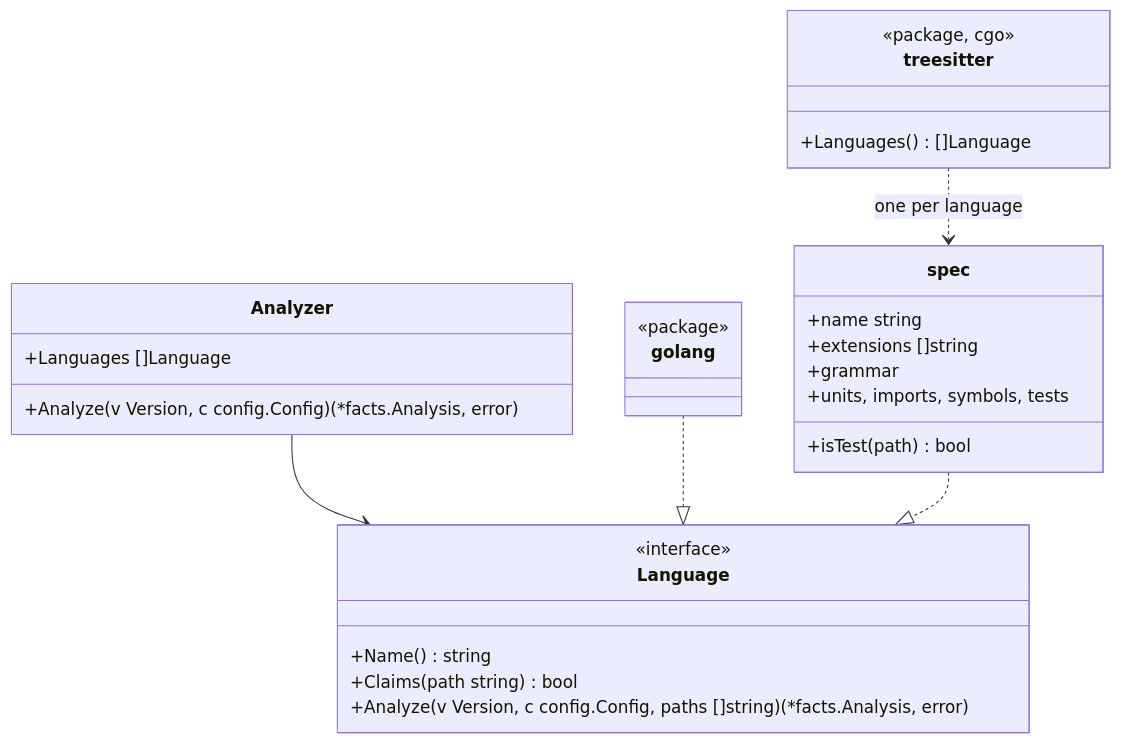
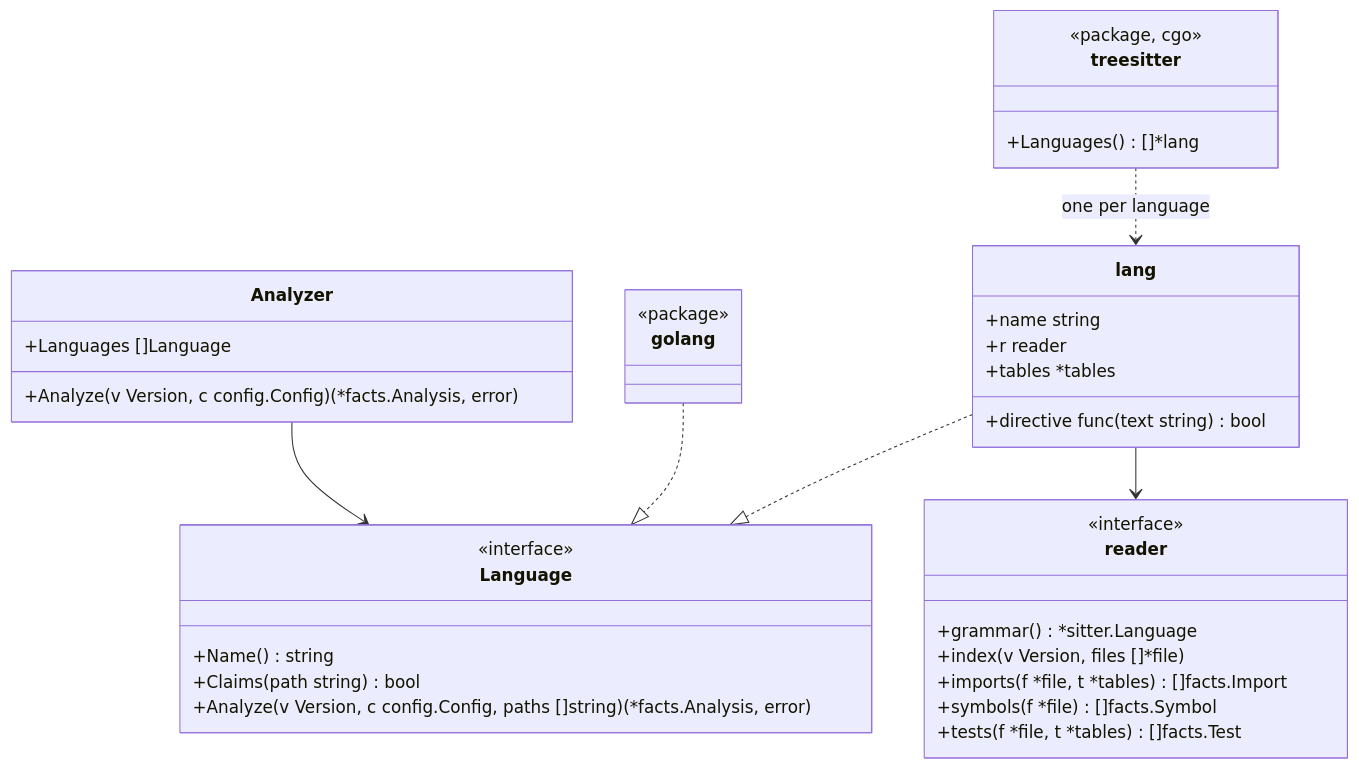
One commit to rerorets/hadome changed the diagram in docs/design/adapters-treesitter.md. Above: the diagram before and after it, drawn with Mermaid. The commit also changed other lines of this file and 25 other files, not shown here.

````diff
--- a/docs/design/adapters-treesitter.md
+++ b/docs/design/adapters-treesitter.md
@@ -7,31 +7,39 @@
 ```mermaid
 classDiagram
   class Analyzer {
     +Languages []Language
     +Analyze(v Version, c config.Config) (*facts.Analysis, error)
   }
   class Language {
     <<interface>>
     +Name() string
     +Claims(path string) bool
     +Analyze(v Version, c config.Config, paths []string) (*facts.Analysis, error)
   }
   class golang {
     <<package>>
   }
   class treesitter {
     <<package, cgo>>
-    +Languages() []Language
+    +Languages() []*lang
   }
-  class spec {
+  class lang {
     +name string
-    +extensions []string
-    +grammar
-    +isTest(path) bool
-    +units, imports, symbols, tests
+    +r reader
+    +tables *tables
+    +directive func(text string) bool
+  }
+  class reader {
+    <<interface>>
+    +grammar() *sitter.Language
+    +index(v Version, files []*file)
+    +imports(f *file, t *tables) []facts.Import
+    +symbols(f *file) []facts.Symbol
+    +tests(f *file, t *tables) []facts.Test
   }
   Analyzer --> Language
   golang ..|> Language
-  treesitter ..> spec : one per language
-  spec ..|> Language
+  treesitter ..> lang : one per language
+  lang ..|> Language
+  lang --> reader
 ```
````
